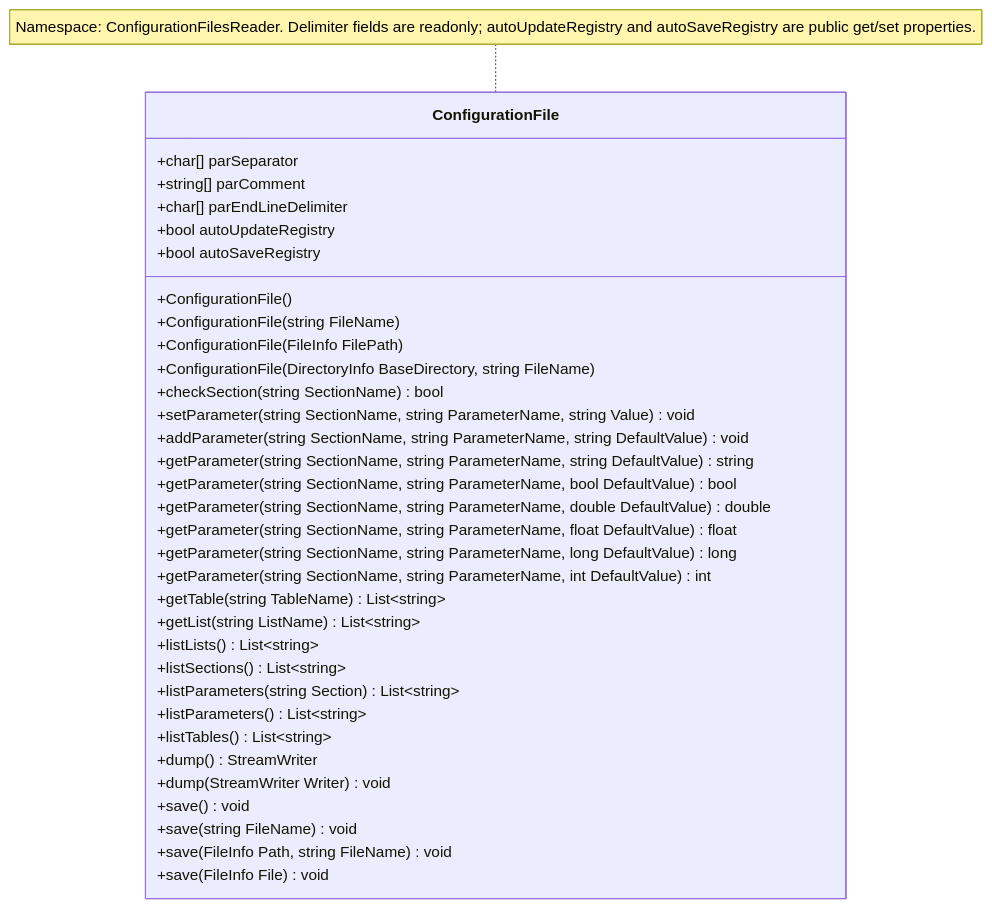
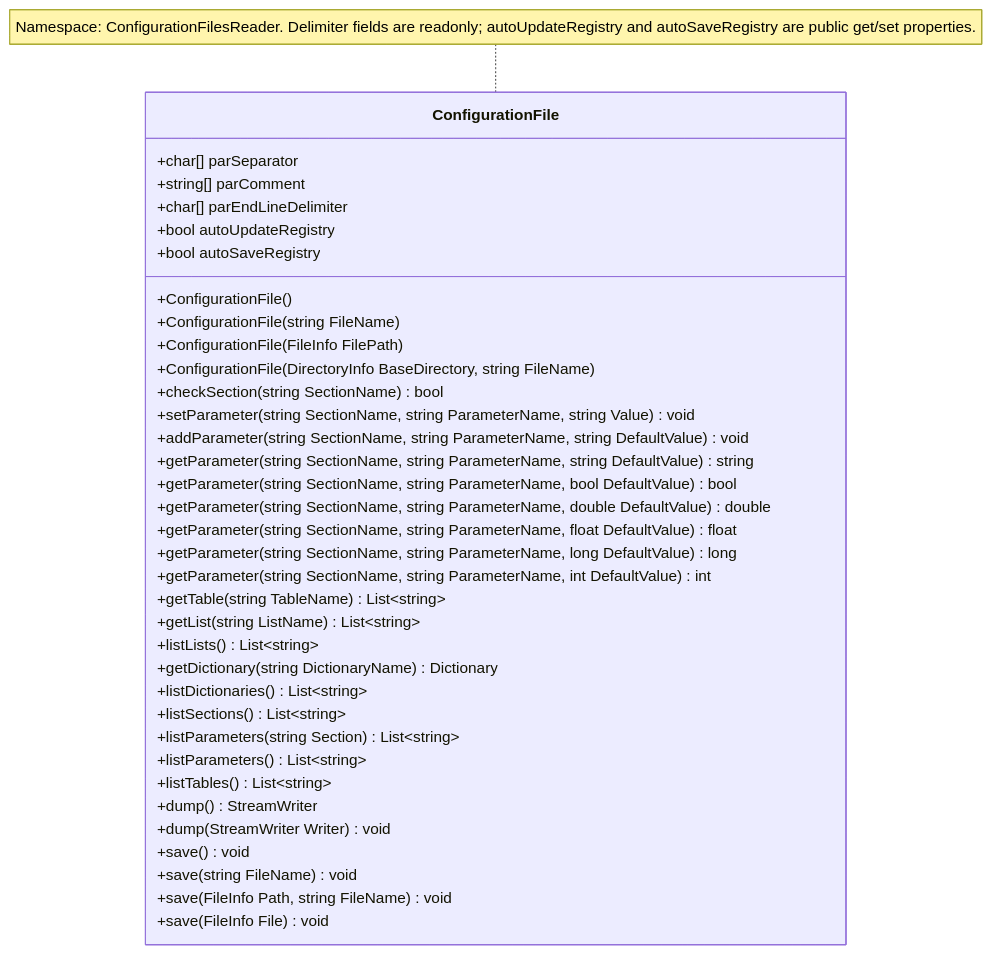
The diagram in README.md (delloiaconos/IniLike), drawn with Mermaid before and after one commit. The commit also changed other lines of this file and 5 other files, not shown here.

````diff
--- a/README.md
+++ b/README.md
@@ -110,37 +116,39 @@
 ```mermaid
 classDiagram
     class ConfigurationFile {
         +char[] parSeparator
         +string[] parComment
         +char[] parEndLineDelimiter
         +bool autoUpdateRegistry
         +bool autoSaveRegistry
         +ConfigurationFile()
         +ConfigurationFile(string FileName)
         +ConfigurationFile(FileInfo FilePath)
         +ConfigurationFile(DirectoryInfo BaseDirectory, string FileName)
         +checkSection(string SectionName) bool
         +setParameter(string SectionName, string ParameterName, string Value) void
         +addParameter(string SectionName, string ParameterName, string DefaultValue) void
         +getParameter(string SectionName, string ParameterName, string DefaultValue) string
         +getParameter(string SectionName, string ParameterName, bool DefaultValue) bool
         +getParameter(string SectionName, string ParameterName, double DefaultValue) double
         +getParameter(string SectionName, string ParameterName, float DefaultValue) float
         +getParameter(string SectionName, string ParameterName, long DefaultValue) long
         +getParameter(string SectionName, string ParameterName, int DefaultValue) int
         +getTable(string TableName) List~string~
         +getList(string ListName) List~string~
         +listLists() List~string~
+        +getDictionary(string DictionaryName) Dictionary
+        +listDictionaries() List~string~
         +listSections() List~string~
         +listParameters(string Section) List~string~
         +listParameters() List~string~
         +listTables() List~string~
         +dump() StreamWriter
         +dump(StreamWriter Writer) void
         +save() void
         +save(string FileName) void
         +save(FileInfo Path, string FileName) void
         +save(FileInfo File) void
     }
     note for ConfigurationFile "Namespace: ConfigurationFilesReader. Delimiter fields are readonly; autoUpdateRegistry and autoSaveRegistry are public get/set properties."
 ```
````
